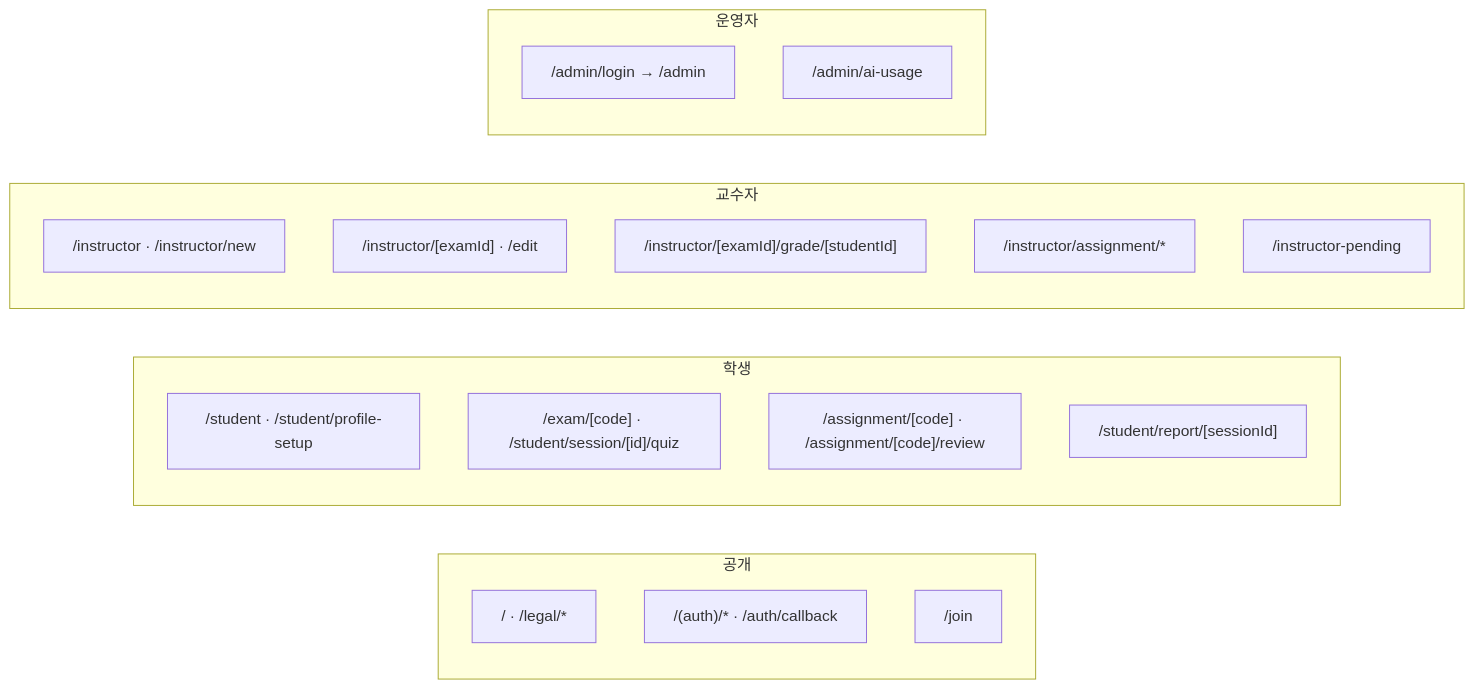
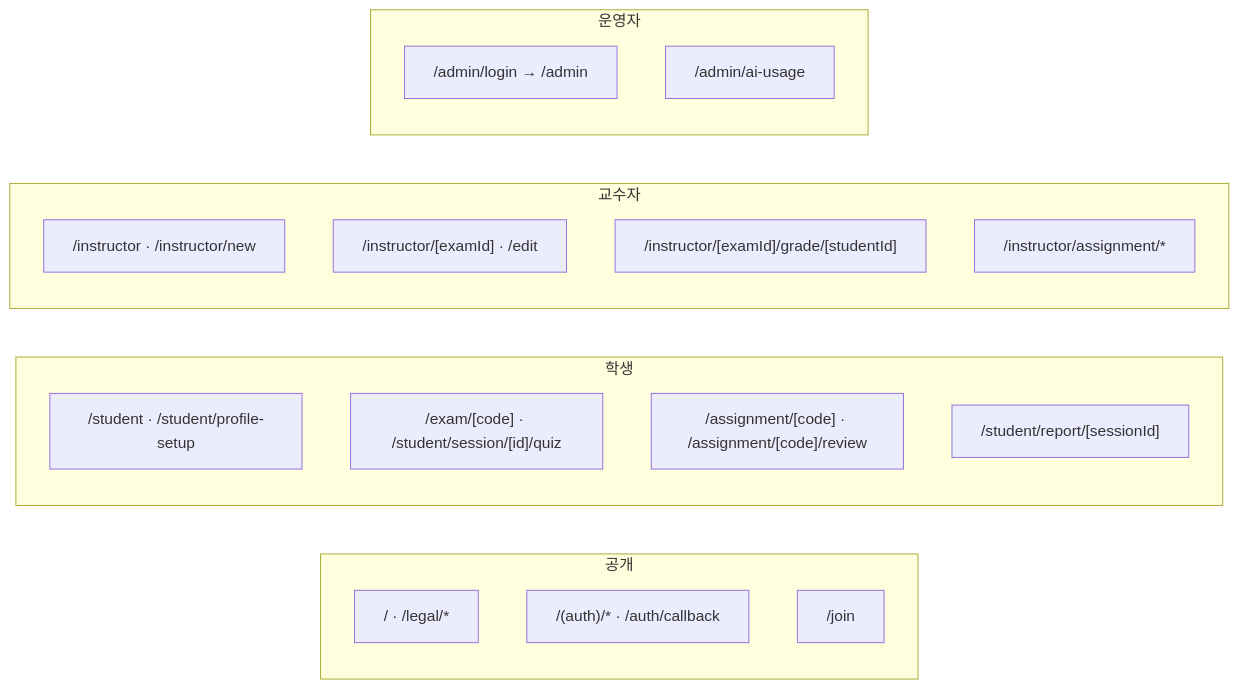
Before and after one commit to Quest-on/quest-on-mvp: diagram 11 of 12 in ARCHITECTURE.md, drawn with Mermaid. The commit also changed other lines of this file and 11 other files, not shown here.

````diff
--- a/ARCHITECTURE.md
+++ b/ARCHITECTURE.md
@@ -346,25 +345,24 @@
 ```mermaid
 flowchart LR
     subgraph pub["공개"]
         p1["/ · /legal/*"]
         p2["/(auth)/* · /auth/callback"]
         p3["/join"]
     end
     subgraph stu["학생"]
         s1["/student · /student/profile-setup"]
         s2["/exam/[code] · /student/session/[id]/quiz"]
         s3["/assignment/[code] · /assignment/[code]/review"]
         s4["/student/report/[sessionId]"]
     end
     subgraph ins["교수자"]
         i1["/instructor · /instructor/new"]
         i2["/instructor/[examId] · /edit"]
         i3["/instructor/[examId]/grade/[studentId]"]
         i4["/instructor/assignment/*"]
-        i5["/instructor-pending"]
     end
     subgraph adm["운영자"]
         a1["/admin/login → /admin"]
         a2["/admin/ai-usage"]
     end
 ```
````
